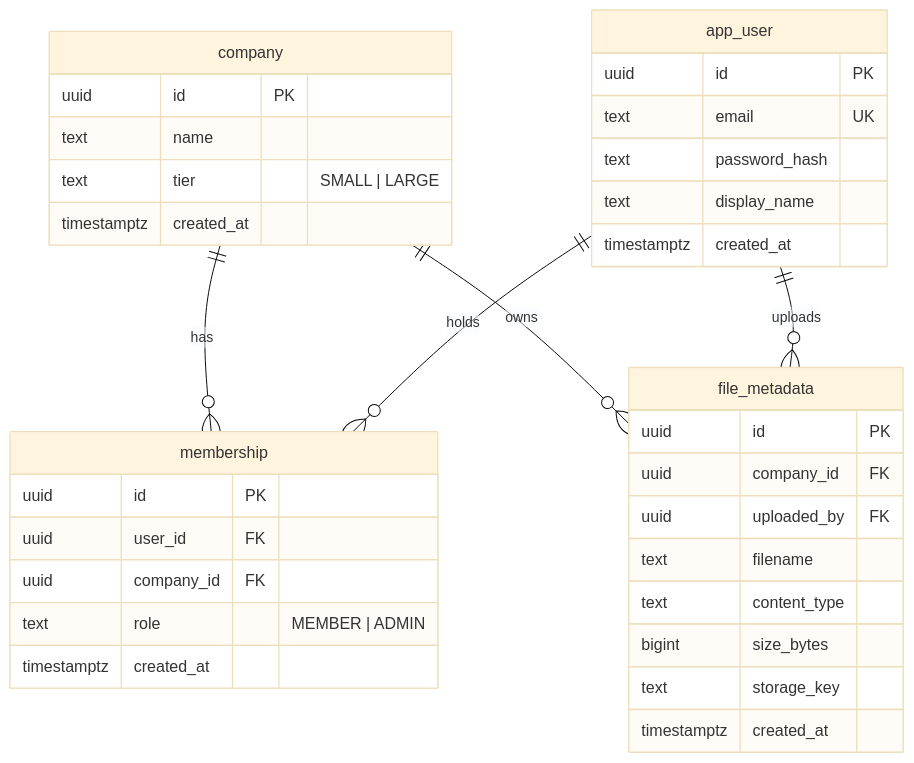
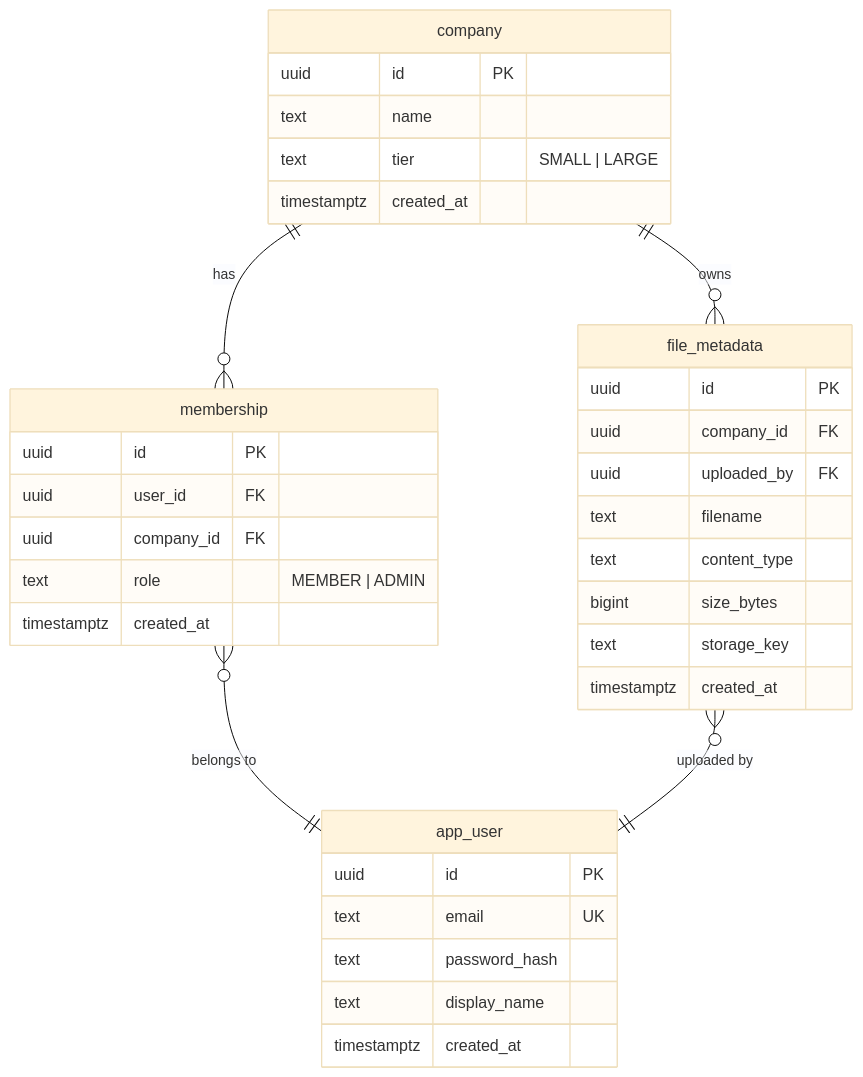
Before and after one commit to luke-ken/teamvault: the diagram in docs/erd.md, drawn with Mermaid (base theme). The commit also changed other lines of this file and 1 other file, not shown here.

Commit message:
docs: ERD as hand-styled themed SVG with planar mermaid source

````diff
--- a/docs/erd.md
+++ b/docs/erd.md
@@ -8,38 +15,38 @@
 ```mermaid
 erDiagram
     company ||--o{ membership : has
-    app_user ||--o{ membership : holds
     company ||--o{ file_metadata : owns
-    app_user ||--o{ file_metadata : uploads
+    membership }o--|| app_user : "belongs to"
+    file_metadata }o--|| app_user : "uploaded by"
 
     company {
         uuid id PK
         text name
         text tier "SMALL | LARGE"
         timestamptz created_at
     }
     app_user {
         uuid id PK
         text email UK
         text password_hash
         text display_name
         timestamptz created_at
     }
     membership {
         uuid id PK
         uuid user_id FK
         uuid company_id FK
         text role "MEMBER | ADMIN"
         timestamptz created_at
     }
     file_metadata {
         uuid id PK
         uuid company_id FK
         uuid uploaded_by FK
         text filename
         text content_type
         bigint size_bytes
         text storage_key
         timestamptz created_at
     }
 ```
````
